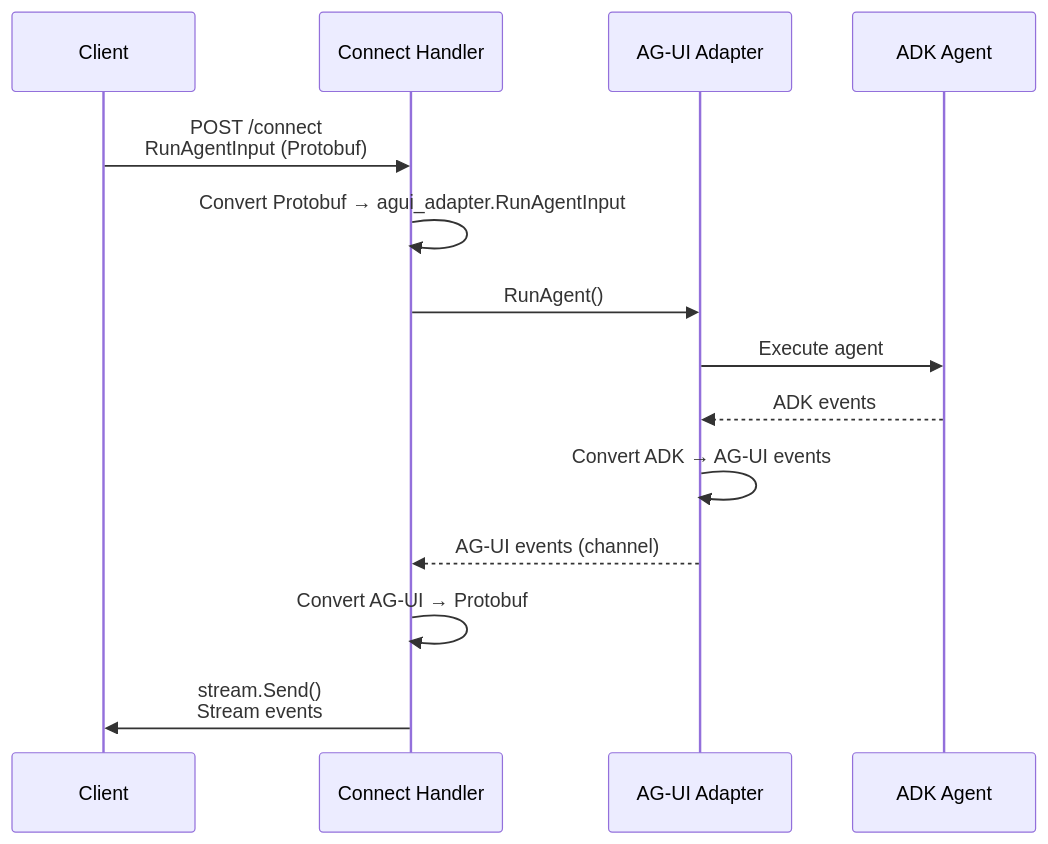
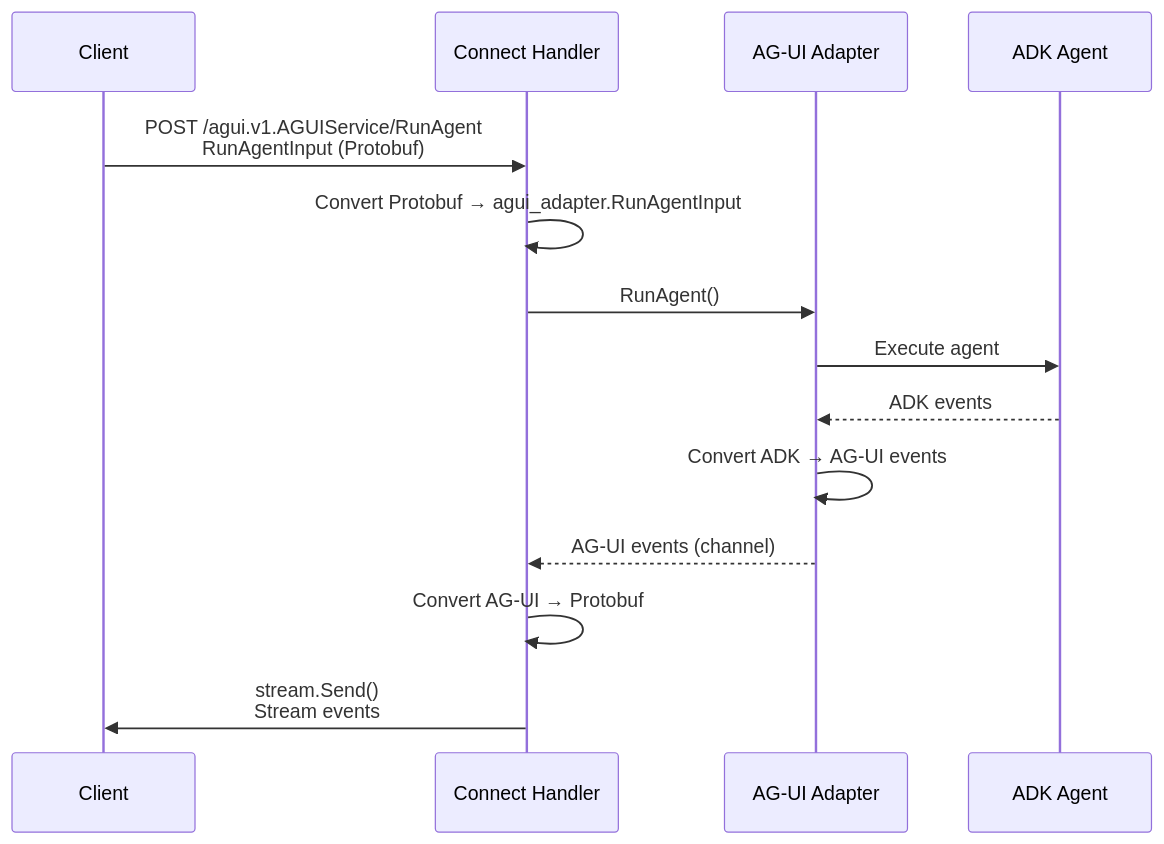
One commit to alejomartinez8/chatbot-demo changed the second of 2 diagrams in agent-go-ag-ui/docs/CONNECT_RPC.md. Above: the diagram before and after it, drawn with Mermaid. The commit also changed other lines of this file and 15 other files, not shown here.

````diff
--- a/agent-go-ag-ui/docs/CONNECT_RPC.md
+++ b/agent-go-ag-ui/docs/CONNECT_RPC.md
@@ -31,17 +31,17 @@
 ```mermaid
 sequenceDiagram
     participant Client
     participant Handler as Connect Handler
     participant Adapter as AG-UI Adapter
     participant ADK as ADK Agent
     
-    Client->>Handler: POST /connect<br/>RunAgentInput (Protobuf)
+    Client->>Handler: POST /agui.v1.AGUIService/RunAgent<br/>RunAgentInput (Protobuf)
     Handler->>Handler: Convert Protobuf → agui_adapter.RunAgentInput
     Handler->>Adapter: RunAgent()
     Adapter->>ADK: Execute agent
     ADK-->>Adapter: ADK events
     Adapter->>Adapter: Convert ADK → AG-UI events
     Adapter-->>Handler: AG-UI events (channel)
     Handler->>Handler: Convert AG-UI → Protobuf
     Handler->>Client: stream.Send()<br/>Stream events
 ```
````
